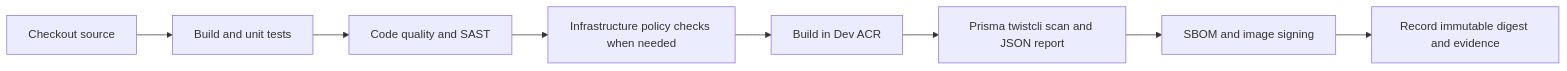
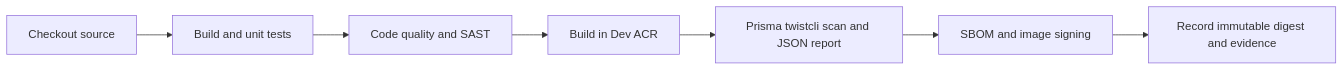
Before and after one commit to Nisharunnisa-Shaik/azure-enterprise-devops-platform: the second of 5 diagrams in Azure_DevSecOps_Platform_Assessment.md, drawn with Mermaid. The commit also changed other lines of this file and 5 other files, not shown here.

Commit message:
update docs to specify architecture specific

````diff
--- a/Azure_DevSecOps_Platform_Assessment.md
+++ b/Azure_DevSecOps_Platform_Assessment.md
@@ -142,10 +142,9 @@
 ```mermaid
 flowchart LR
     A[Checkout source] --> B[Build and unit tests]
     B --> C[Code quality and SAST]
-    C --> D[Infrastructure policy checks when needed]
-    D --> E[Build in Dev ACR]
-    E --> F[Prisma twistcli scan and JSON report]
-    F --> G[SBOM and image signing]
-    G --> H[Record immutable digest and evidence]
+    C --> D[Build in Dev ACR]
+    D --> E[Prisma twistcli scan and JSON report]
+    E --> F[SBOM and image signing]
+    F --> G[Record immutable digest and evidence]
 ```
````
